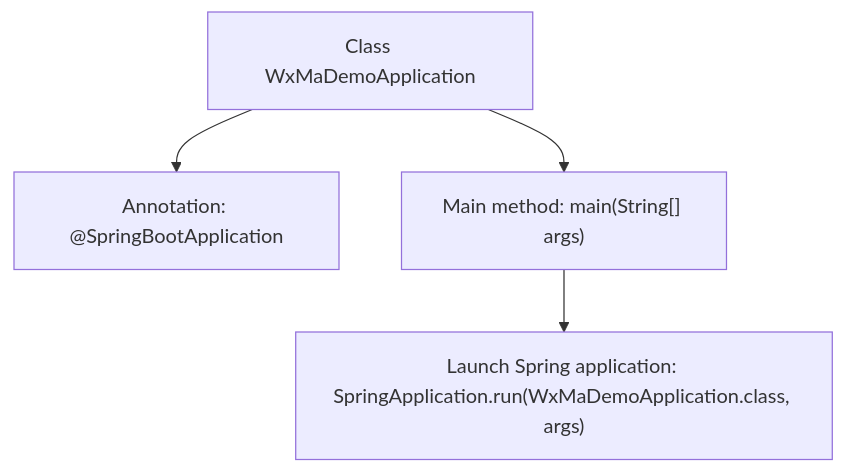
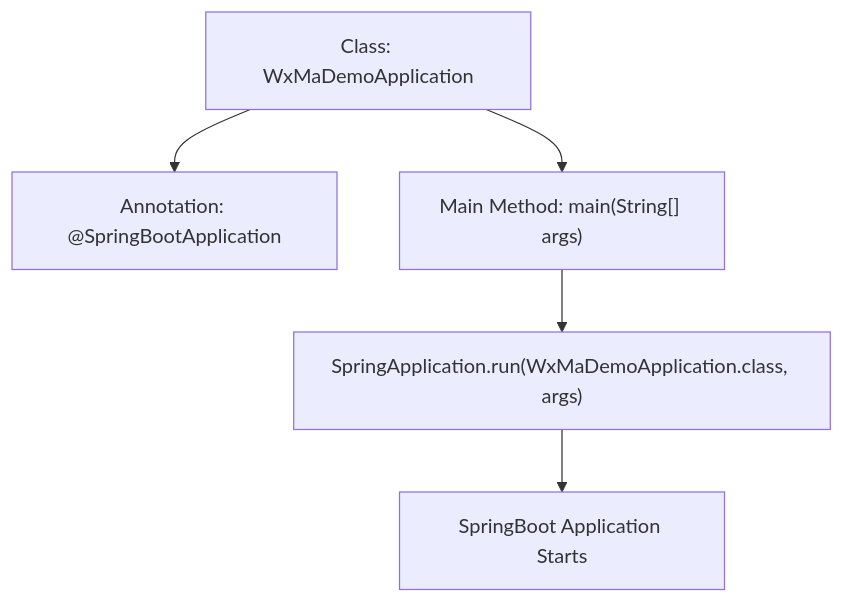
One commit to v-wjrong/imrrong_weixin-java-miniapp-demo changed the second of 2 diagrams in docs/en/docs/src/main/java/com/github/binarywang/demo/wx/miniapp/WxMaDemoApplication.md. Above: the diagram before and after it, drawn with Mermaid. The commit also changed other lines of this file and 51 other files, not shown here.

````diff
--- a/docs/en/docs/src/main/java/com/github/binarywang/demo/wx/miniapp/WxMaDemoApplication.md
+++ b/docs/en/docs/src/main/java/com/github/binarywang/demo/wx/miniapp/WxMaDemoApplication.md
@@ -53,11 +64,13 @@
 ```mermaid
 graph TD
-    A["Class WxMaDemoApplication"]
+    A["Class: WxMaDemoApplication"]
     B["Annotation: @SpringBootApplication"]
-    C["Main method: main(String[] args)"]
-    D["Launch Spring application: SpringApplication.run(WxMaDemoApplication.class, args)"]
-
+    C["Main Method: main(String[] args)"]
+    D["SpringApplication.run(WxMaDemoApplication.class, args)"]
+    E["SpringBoot Application Starts"]
+    
     A --> B
     A --> C
     C --> D
+    D --> E
 ```
````
